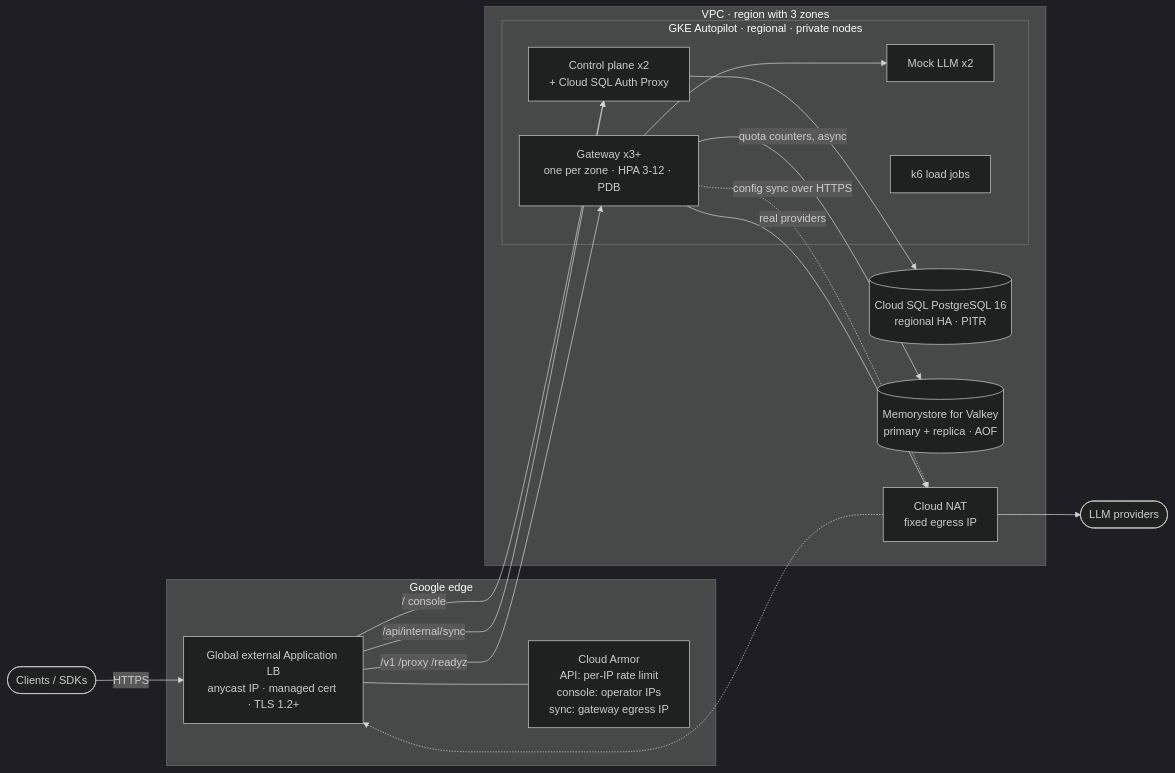
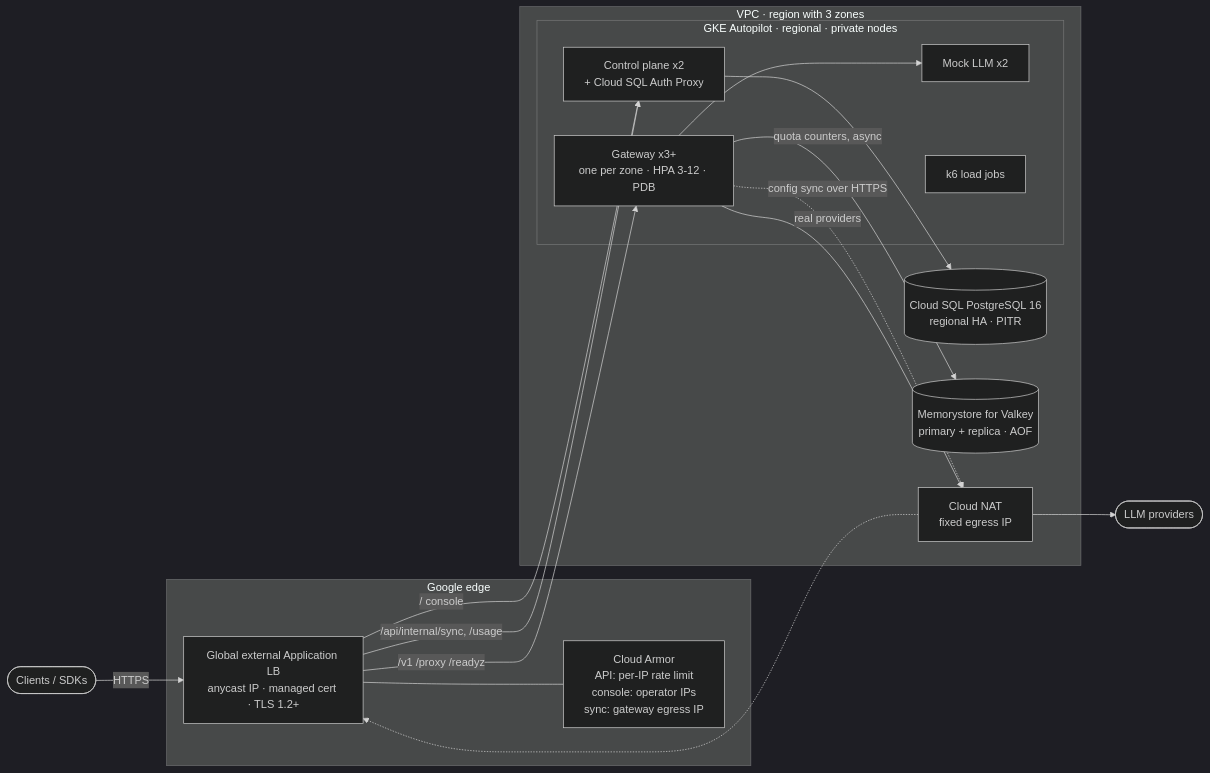
One commit to getstratum/stratum changed the diagram in deploy/gcp/README.md. Above: the diagram before and after it, drawn with Mermaid (dark theme). The commit also changed 30 other files, not shown here.

````diff
--- a/deploy/gcp/README.md
+++ b/deploy/gcp/README.md
@@ -18,28 +18,28 @@
 ```mermaid
 flowchart LR
   client([Clients / SDKs]) -->|HTTPS| lb
   subgraph edge[Google edge]
     lb[Global external Application LB<br/>anycast IP · managed cert · TLS 1.2+]
     armor[Cloud Armor<br/>API: per-IP rate limit<br/>console: operator IPs<br/>sync: gateway egress IP]
     lb --- armor
   end
   subgraph vpc[VPC · region with 3 zones]
     subgraph gke[GKE Autopilot · regional · private nodes]
       gw[Gateway x3+<br/>one per zone · HPA 3-12 · PDB]
       cp[Control plane x2<br/>+ Cloud SQL Auth Proxy]
       mock[Mock LLM x2]
       k6[k6 load jobs]
     end
     sql[(Cloud SQL PostgreSQL 16<br/>regional HA · PITR)]
     valkey[(Memorystore for Valkey<br/>primary + replica · AOF)]
     nat[Cloud NAT<br/>fixed egress IP]
   end
   lb -->|/v1 /proxy /readyz| gw
   lb -->|/ console| cp
-  lb -->|/api/internal/sync| cp
+  lb -->|/api/internal/sync, /usage| cp
   gw -. config sync over HTTPS .-> nat -.-> lb
   gw -->|quota counters, async| valkey
   gw --> mock
   gw -->|real providers| nat --> llm([LLM providers])
   cp --> sql
 ```
````
